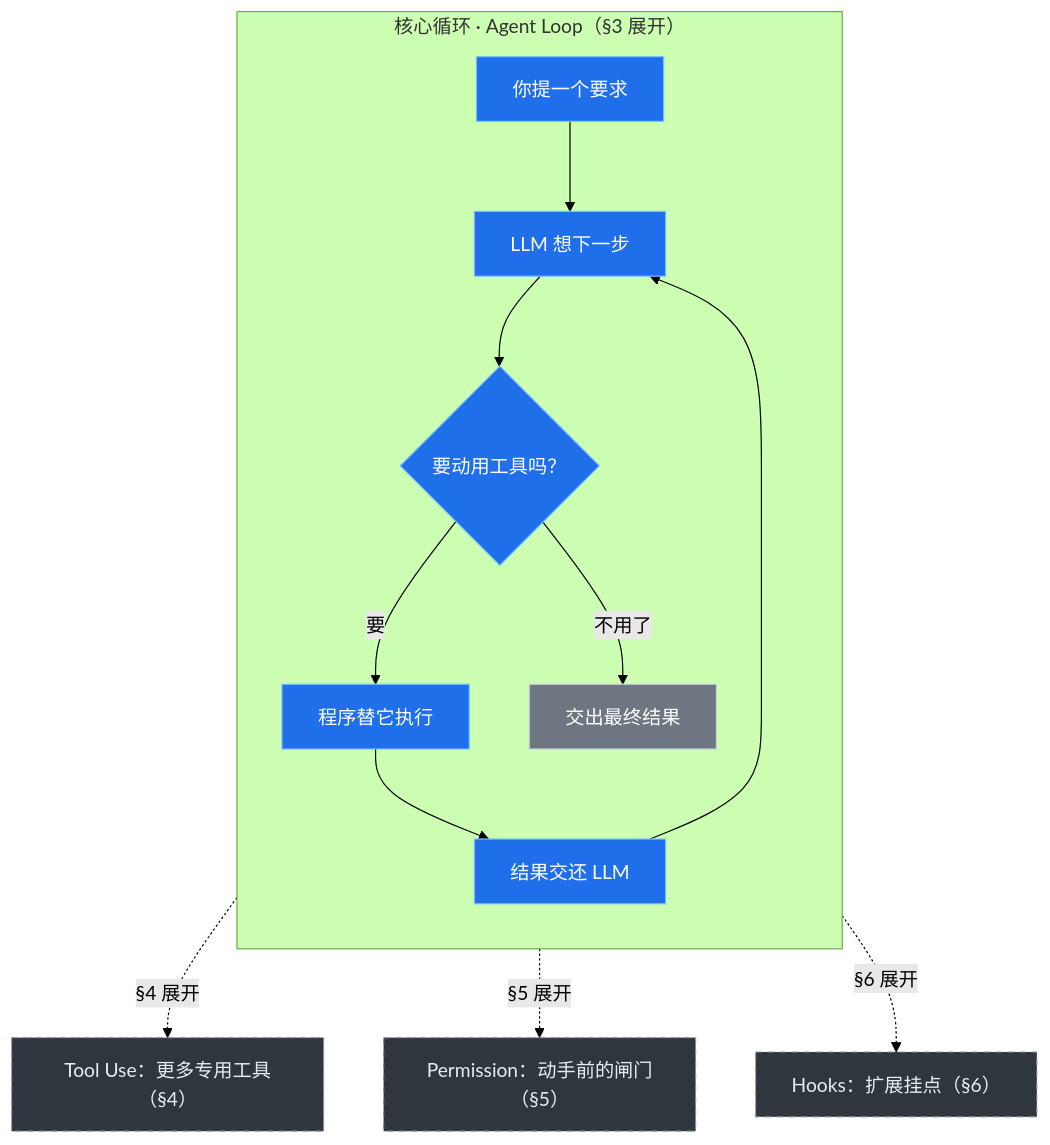
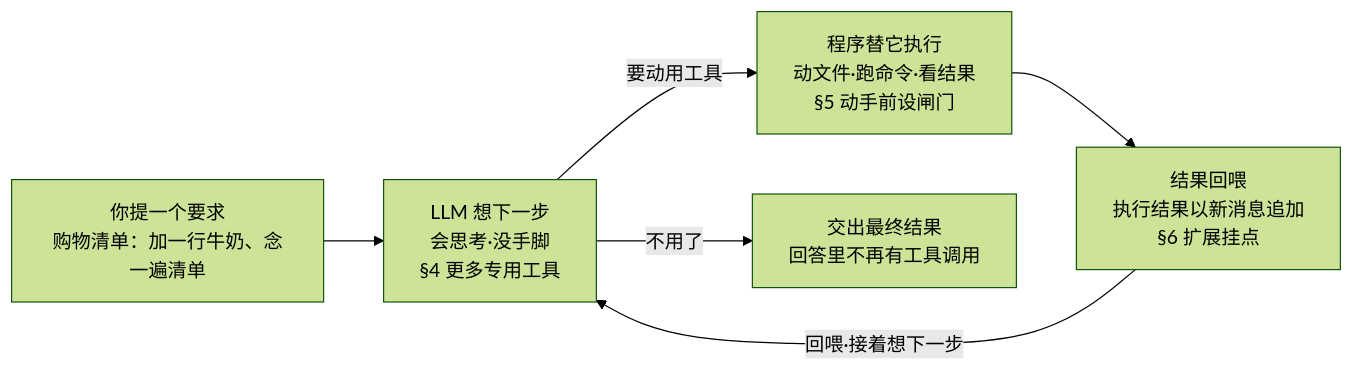
One commit to ThreeFish-AI/negentropy changed the diagram in docs/assets/mermaid/agent-harness/lcc-tooling--loop-simple.mmd. Above: the diagram before and after it, drawn with Mermaid (forest theme). The commit also changed 46 other files, not shown here.

First line of the commit message:
docs(lcc-tooling): 171 五图视觉优化——统一顺时针回环网格（architecture 型）;

```diff
--- a/docs/assets/mermaid/agent-harness/lcc-tooling--loop-simple.mmd
+++ b/docs/assets/mermaid/agent-harness/lcc-tooling--loop-simple.mmd
@@ -1,29 +1,11 @@
 %% source: docs/research/agent-harness/171-claude-code-tooling-execution.md（§2 全貌解剖 · 渐进图 L0）
 %% slug: lcc-tooling--loop-simple
 %% type: architecture
-%% derived: 渐进披露系列首图（2026-10-10，开篇防过载改造：白话主干 + 三个机制占位，§3–§6 逐章细化）
-flowchart TD
-    subgraph LOOP["核心循环 · Agent Loop（§3 展开）"]
-        direction TB
-        IN["你提一个要求"] --> THINK["LLM 想下一步"]
-        THINK --> Q{"要动用工具吗？"}
-        Q -- "要" --> ACT["程序替它执行"]
-        ACT --> FEED["结果交还 LLM"]
-        FEED --> THINK
-        Q -- "不用了" --> DONE["交出最终结果"]
-    end
-
-    TOOLS["Tool Use：更多专用工具（§4）"]
-    PERM["Permission：动手前的闸门（§5）"]
-    HOOKS["Hooks：扩展挂点（§6）"]
-
-    THINK -. "§4 展开" .-> TOOLS
-    ACT -. "§5 展开" .-> PERM
-    LOOP -. "§6 展开" .-> HOOKS
-
-    classDef loopnode fill:#1f6feb,stroke:#79c0ff,color:#ffffff
-    classDef endnode fill:#6e7681,stroke:#c9d1d9,color:#ffffff
-    classDef placeholder fill:#30363d,stroke:#8b949e,color:#e6edf3,stroke-dasharray: 5 5
-    class IN,THINK,Q,ACT,FEED loopnode
-    class DONE endnode
-    class TOOLS,PERM,HOOKS placeholder
+%% derived: 渐进披露系列首图（2026-10-10，白话主干 + §4/§5/§6 徽标占位）；2026-10-12 视觉优化轮——五图统一顺时针回环网格（archify architecture 型：150×64 等尺寸节点、恒定列距、回喂边为单竖线），节点/边/文案与前版逐字一致
+%% grid: think=(r0,c2) act=(r1,c3) feed=(r2,c2)；槽位跨级不变，详见 docs/diagrams/lcc-tooling--loop-simple/lcc-tooling--loop-simple.json
+flowchart LR
+    ASK["你提一个要求<br/>购物清单：加一行牛奶、念一遍清单"] --> THINK["LLM 想下一步<br/>会思考·没手脚<br/>§4 更多专用工具"]
+    THINK -- "要动用工具" --> ACT["程序替它执行<br/>动文件·跑命令·看结果<br/>§5 动手前设闸门"]
+    ACT --> FEED["结果回喂<br/>执行结果以新消息追加<br/>§6 扩展挂点"]
+    FEED -- "回喂·接着想下一步" --> THINK
+    THINK -- "不用了" --> DONE["交出最终结果<br/>回答里不再有工具调用"]
```
